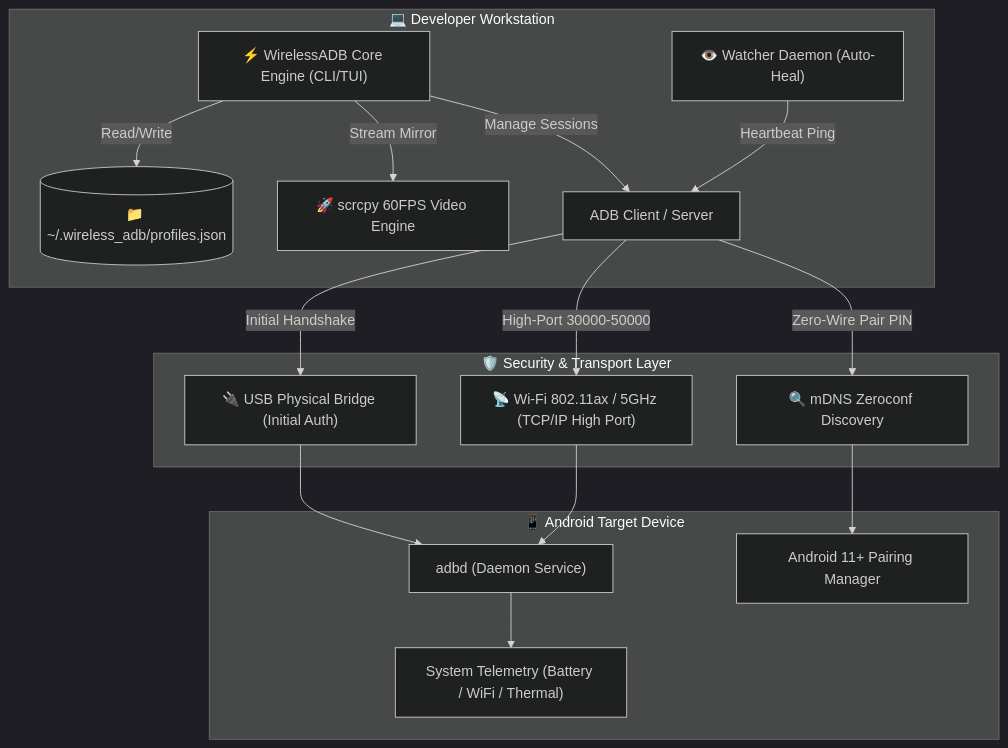
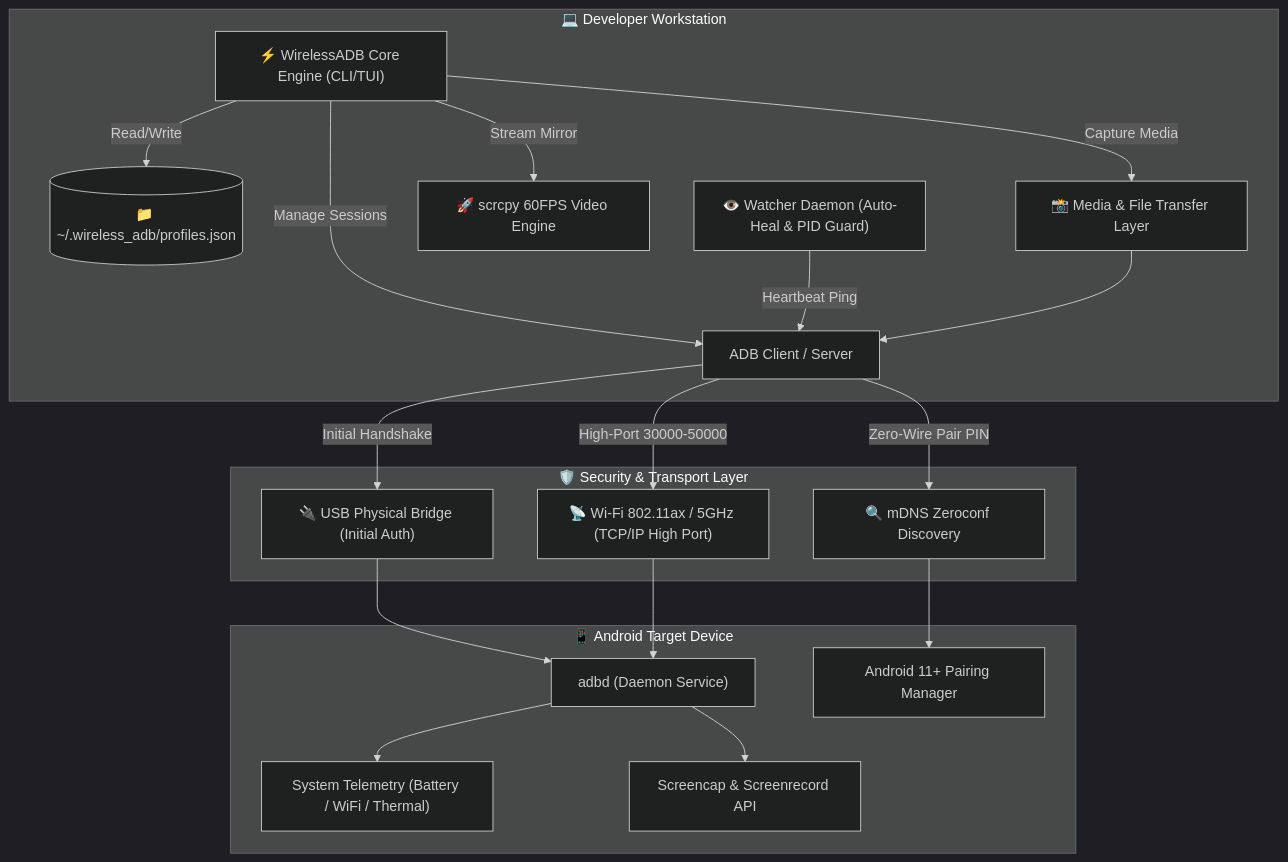
Before and after one commit to taezeem14/WirelessADB: the first of 3 diagrams in README.md, drawn with Mermaid (dark theme). The commit also changed other lines of this file and 8 other files, not shown here.

````diff
--- a/README.md
+++ b/README.md
@@ -122,36 +138,41 @@
 ```mermaid
 graph TD
     subgraph Host ["💻 Developer Workstation"]
         CLI["⚡ WirelessADB Core Engine (CLI/TUI)"]
         CONF[("📁 ~/.wireless_adb/profiles.json")]
-        WATCH["👁️ Watcher Daemon (Auto-Heal)"]
+        WATCH["👁️ Watcher Daemon (Auto-Heal & PID Guard)"]
         SCRCPY["🚀 scrcpy 60FPS Video Engine"]
+        MEDIA["📸 Media & File Transfer Layer"]
         ADBC["ADB Client / Server"]
     end
 
     subgraph Transport ["🛡️ Security & Transport Layer"]
         USB["🔌 USB Physical Bridge (Initial Auth)"]
         WIFI["📡 Wi-Fi 802.11ax / 5GHz (TCP/IP High Port)"]
         MDNS["🔍 mDNS Zeroconf Discovery"]
     end
 
     subgraph Target ["📱 Android Target Device"]
         ADBD["adbd (Daemon Service)"]
         PROP["System Telemetry (Battery / WiFi / Thermal)"]
         A11["Android 11+ Pairing Manager"]
+        MEDIA_SVC["Screencap & Screenrecord API"]
     end
 
     CLI -->|Read/Write| CONF
     CLI -->|Manage Sessions| ADBC
     WATCH -->|Heartbeat Ping| ADBC
     CLI -->|Stream Mirror| SCRCPY
+    CLI -->|Capture Media| MEDIA
+    MEDIA --> ADBC
     
     ADBC -->|Initial Handshake| USB
     ADBC -->|High-Port 30000-50000| WIFI
     ADBC -->|Zero-Wire Pair PIN| MDNS
 
     USB --> ADBD
     WIFI --> ADBD
     MDNS --> A11
     ADBD --> PROP
+    ADBD --> MEDIA_SVC
 ```
````
